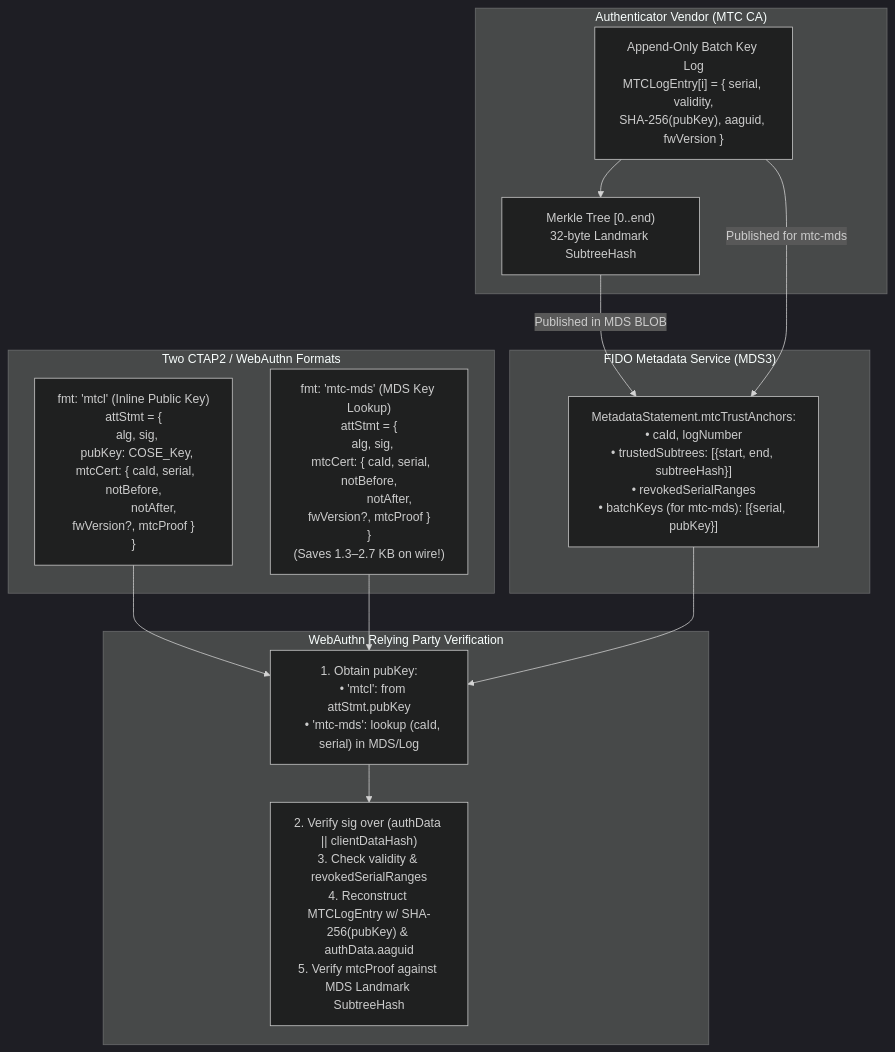
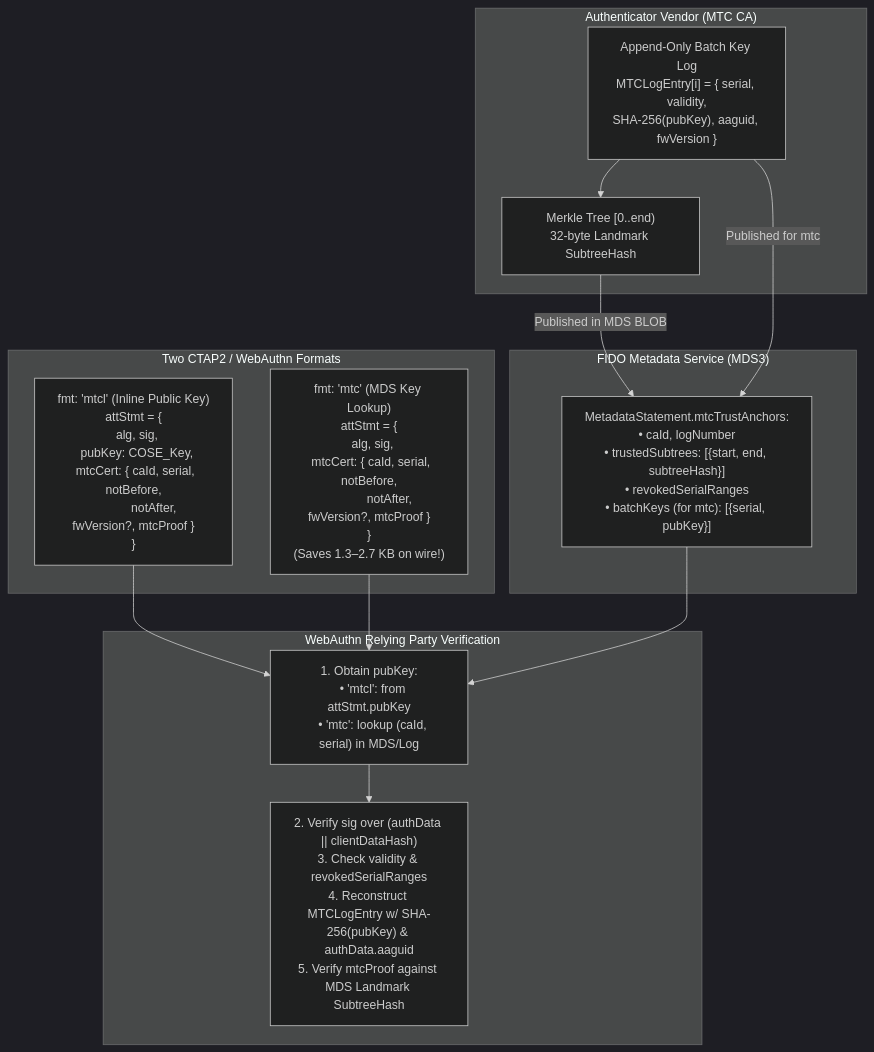
The first of 4 diagrams in pq_mtc_attestation_proposal.md (ve7jtb/ve7jtb.github.io), drawn with Mermaid (dark theme) before and after one commit. The commit also changed other lines of this file and 9 other files, not shown here.

Commit message:
Update preferred compact MTC format to mtc (formerly mtc-mds) per Authenticate 2026 CTAP2 TWG consensus

````diff
--- a/pq_mtc_attestation_proposal.md
+++ b/pq_mtc_attestation_proposal.md
@@ -63,29 +70,29 @@
 ```mermaid
 flowchart TB
     subgraph Vendor["Authenticator Vendor (MTC CA)"]
         Log["Append-Only Batch Key Log\nMTCLogEntry[i] = { serial, validity,\nSHA-256(pubKey), aaguid, fwVersion }"]
         Tree["Merkle Tree [0..end)\n32-byte Landmark SubtreeHash"]
         Log --> Tree
     end
 
     subgraph MDS["FIDO Metadata Service (MDS3)"]
-        Stmt["MetadataStatement.mtcTrustAnchors:\n• caId, logNumber\n• trustedSubtrees: [{start, end, subtreeHash}]\n• revokedSerialRanges\n• batchKeys (for mtc-mds): [{serial, pubKey}]"]
+        Stmt["MetadataStatement.mtcTrustAnchors:\n• caId, logNumber\n• trustedSubtrees: [{start, end, subtreeHash}]\n• revokedSerialRanges\n• batchKeys (for mtc): [{serial, pubKey}]"]
     end
 
     subgraph Formats["Two CTAP2 / WebAuthn Formats"]
         MTC["fmt: 'mtcl' (Inline Public Key)\nattStmt = {\n  alg, sig,\n  pubKey: COSE_Key,\n  mtcCert: { caId, serial, notBefore,\n             notAfter, fwVersion?, mtcProof }\n}"]
-        MTCMDS["fmt: 'mtc-mds' (MDS Key Lookup)\nattStmt = {\n  alg, sig,\n  mtcCert: { caId, serial, notBefore,\n             notAfter, fwVersion?, mtcProof }\n}\n(Saves 1.3–2.7 KB on wire!)"]
+        MTCC["fmt: 'mtc' (MDS Key Lookup)\nattStmt = {\n  alg, sig,\n  mtcCert: { caId, serial, notBefore,\n             notAfter, fwVersion?, mtcProof }\n}\n(Saves 1.3–2.7 KB on wire!)"]
     end
 
     subgraph RP["WebAuthn Relying Party Verification"]
-        V1["1. Obtain pubKey:\n   • 'mtcl': from attStmt.pubKey\n   • 'mtc-mds': lookup (caId, serial) in MDS/Log"]
+        V1["1. Obtain pubKey:\n   • 'mtcl': from attStmt.pubKey\n   • 'mtc': lookup (caId, serial) in MDS/Log"]
         V2["2. Verify sig over (authData || clientDataHash)\n3. Check validity & revokedSerialRanges\n4. Reconstruct MTCLogEntry w/ SHA-256(pubKey) & authData.aaguid\n5. Verify mtcProof against MDS Landmark SubtreeHash"]
         V1 --> V2
     end
 
     Tree -->|"Published in MDS BLOB"| Stmt
-    Log -->|"Published for mtc-mds"| Stmt
+    Log -->|"Published for mtc"| Stmt
     MTC --> V1
-    MTCMDS --> V1
+    MTCC --> V1
     Stmt --> V1
 ```
````
